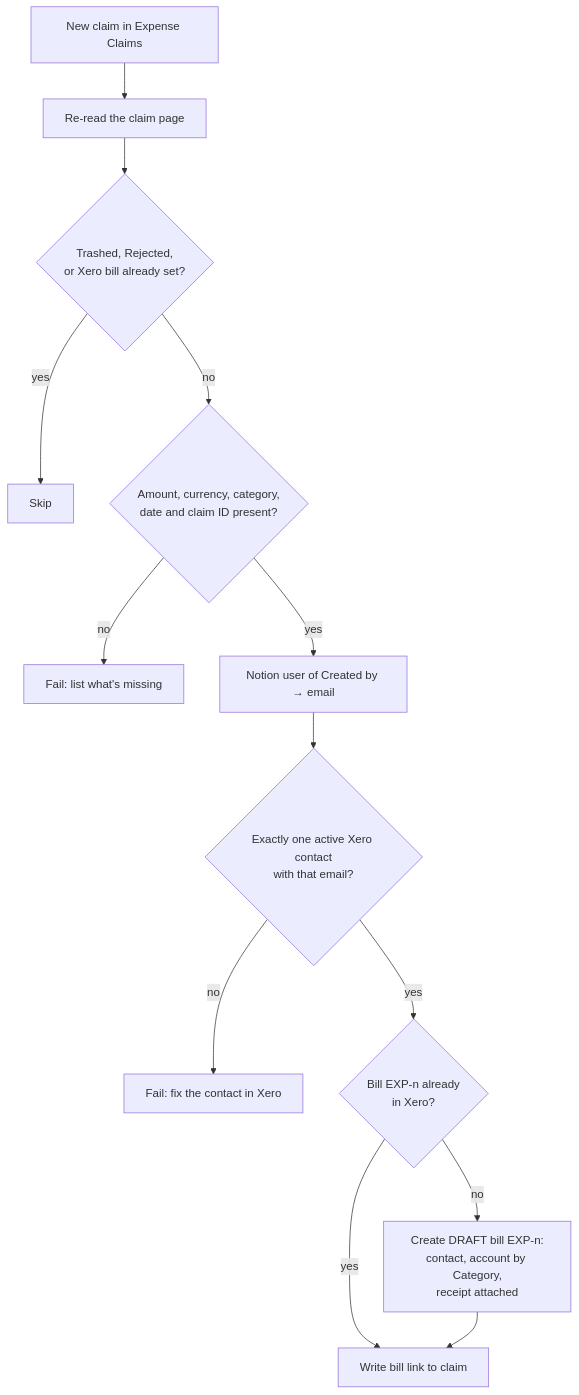
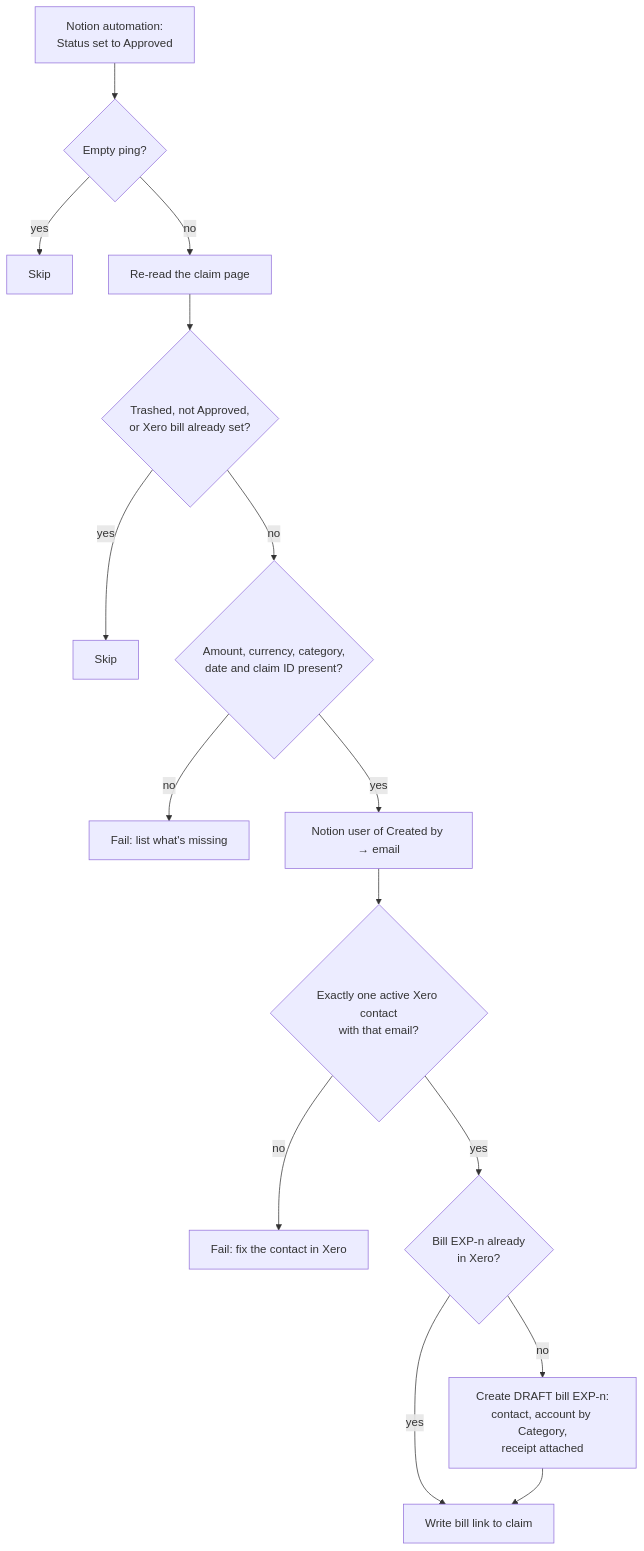
Before and after one commit to work-flowers/zapier-sdk: the diagram in expense-claim-to-xero-bill/README.md, drawn with Mermaid. The commit also changed other lines of this file and 4 other files, not shown here.

First line of the commit message:
expense-claim-to-xero-bill: trigger on Approved via Notion automation webhook

````diff
--- a/expense-claim-to-xero-bill/README.md
+++ b/expense-claim-to-xero-bill/README.md
@@ -14,15 +14,17 @@
 ```mermaid
 flowchart TD
-  T[New claim in Expense Claims] --> R[Re-read the claim page]
-  R --> G{Trashed, Rejected,<br/>or Xero bill already set?}
+  T[Notion automation:<br/>Status set to Approved] --> P{Empty ping?}
+  P -- yes --> S0[Skip]
+  P -- no --> R[Re-read the claim page]
+  R --> G{Trashed, not Approved,<br/>or Xero bill already set?}
   G -- yes --> S[Skip]
   G -- no --> V{Amount, currency, category,<br/>date and claim ID present?}
   V -- no --> E1[Fail: list what's missing]
   V -- yes --> U[Notion user of Created by → email]
   U --> C{Exactly one active Xero contact<br/>with that email?}
   C -- no --> E2[Fail: fix the contact in Xero]
   C -- yes --> X{Bill EXP-n already<br/>in Xero?}
   X -- yes --> W[Write bill link to claim]
   X -- no --> B[Create DRAFT bill EXP-n:<br/>contact, account by Category,<br/>receipt attached]
   B --> W
 ```
````
